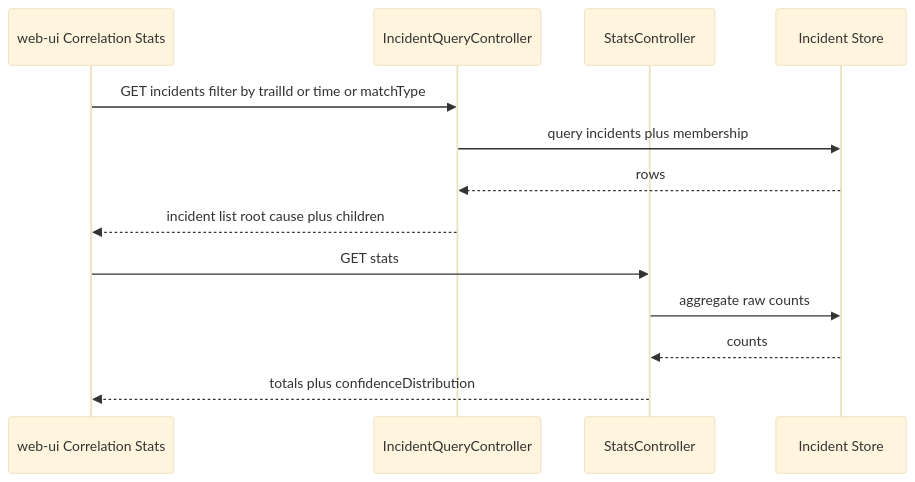
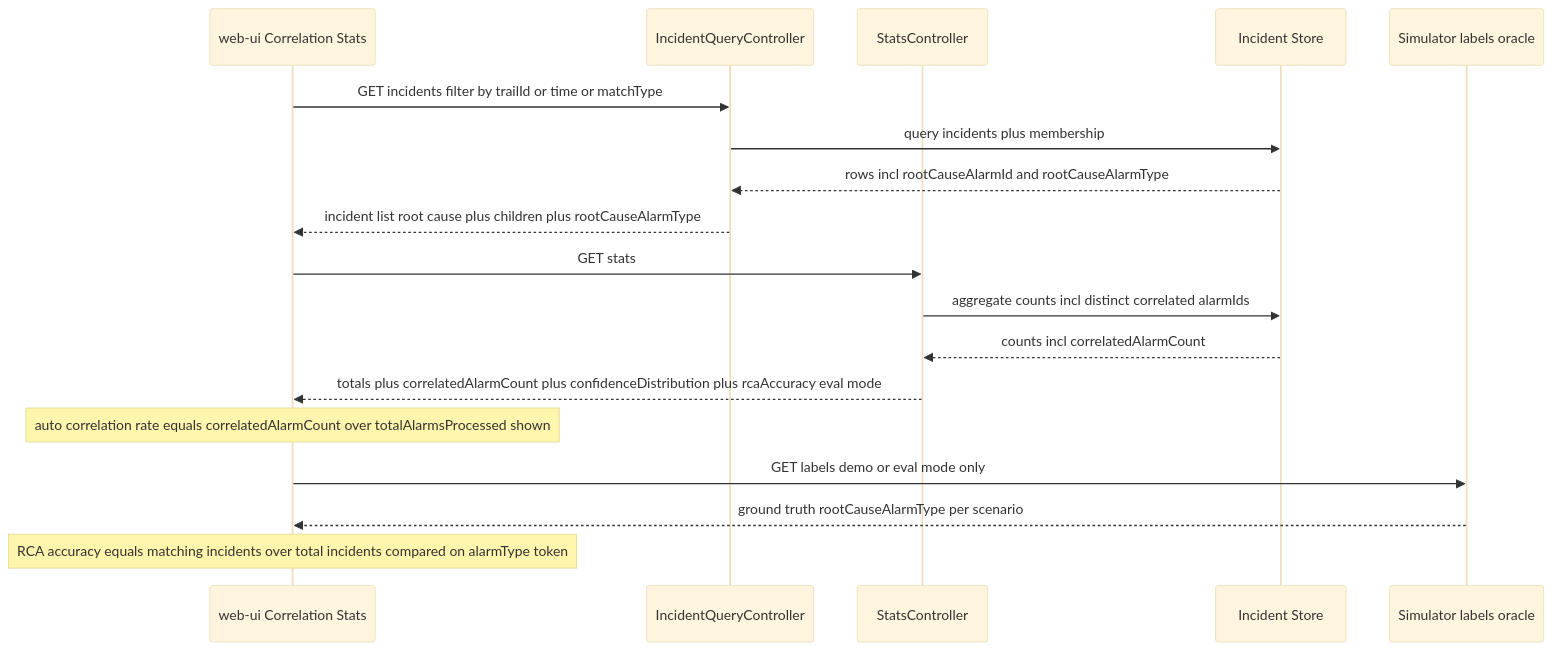
The ninth of 10 diagrams in services/correlation-engine/design.md (nikhilmohan/correlation-platform), drawn with Mermaid (base theme) before and after one commit. The commit also changed other lines of this file and 240 other files, not shown here.

First line of the commit message:
P3 consolidation: correlation-engine + alarm-manager + simulator (network-wide auto-correlation) into integration (#395)

````diff
--- a/services/correlation-engine/design.md
+++ b/services/correlation-engine/design.md
@@ -620,15 +799,20 @@
 ```mermaid
 sequenceDiagram
   participant UI as web-ui Correlation Stats
   participant IQ as IncidentQueryController
   participant ST as StatsController
   participant DB as Incident Store
+  participant LB as Simulator labels oracle
   UI->>IQ: GET incidents filter by trailId or time or matchType
   IQ->>DB: query incidents plus membership
-  DB-->>IQ: rows
-  IQ-->>UI: incident list root cause plus children
+  DB-->>IQ: rows incl rootCauseAlarmId and rootCauseAlarmType
+  IQ-->>UI: incident list root cause plus children plus rootCauseAlarmType
   UI->>ST: GET stats
-  ST->>DB: aggregate raw counts
-  DB-->>ST: counts
-  ST-->>UI: totals plus confidenceDistribution
+  ST->>DB: aggregate counts incl distinct correlated alarmIds
+  DB-->>ST: counts incl correlatedAlarmCount
+  ST-->>UI: totals plus correlatedAlarmCount plus confidenceDistribution plus rcaAccuracy eval mode
+  Note over UI: auto correlation rate equals correlatedAlarmCount over totalAlarmsProcessed shown
+  UI->>LB: GET labels demo or eval mode only
+  LB-->>UI: ground truth rootCauseAlarmType per scenario
+  Note over UI: RCA accuracy equals matching incidents over total incidents compared on alarmType token
 ```
````
